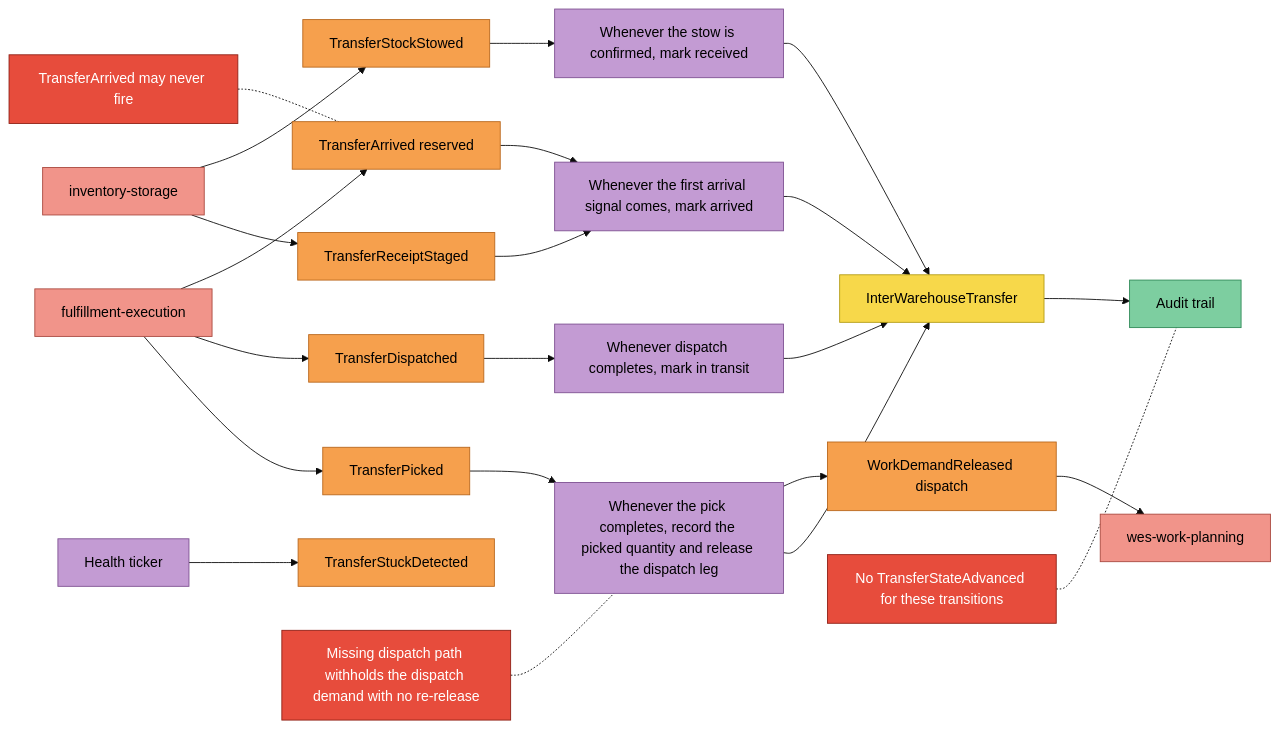
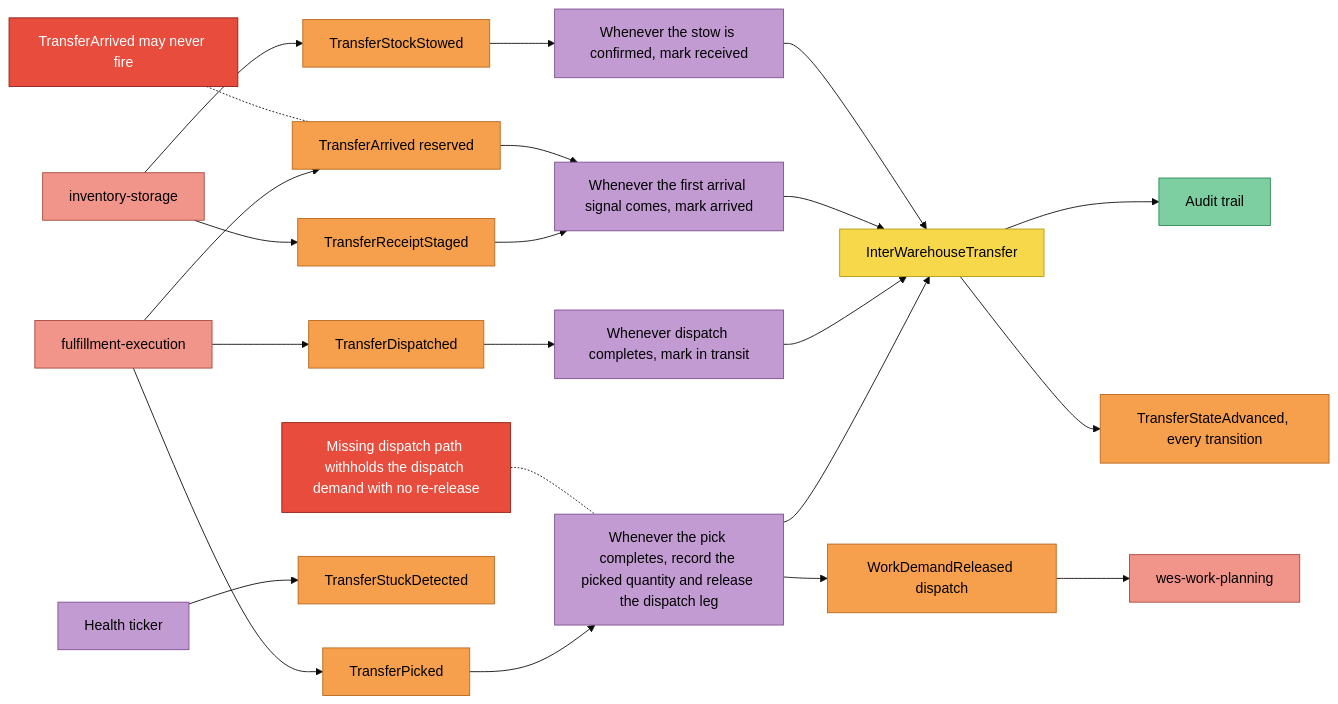
The fourth of 4 diagrams in docs/docs/ddd/eventstorming.md (IQVO/network-inventory-planning), drawn with Mermaid (base theme) before and after one commit. The commit also changed other lines of this file and 15 other files, not shown here.

````diff
--- a/docs/docs/ddd/eventstorming.md
+++ b/docs/docs/ddd/eventstorming.md
@@ -103,30 +109,30 @@
 ```mermaid
 flowchart LR
   FE[fulfillment-execution]:::external --> E1[TransferPicked]:::event
   E1 --> P1[Whenever the pick completes, record the picked quantity and release the dispatch leg]:::policy
   P1 --> G1[InterWarehouseTransfer]:::aggregate
   P1 --> E2[WorkDemandReleased dispatch]:::event
   E2 --> X1[wes-work-planning]:::external
   FE --> E3[TransferDispatched]:::event
   E3 --> P2[Whenever dispatch completes, mark in transit]:::policy
   P2 --> G1
   INV[inventory-storage]:::external --> E4[TransferReceiptStaged]:::event
   FE --> E5[TransferArrived reserved]:::event
   E4 --> P3[Whenever the first arrival signal comes, mark arrived]:::policy
   E5 --> P3
   P3 --> G1
   INV --> E6[TransferStockStowed]:::event
   E6 --> P4[Whenever the stow is confirmed, mark received]:::policy
   P4 --> G1
   G1 --> R1[Audit trail]:::readmodel
+  G1 --> E8[TransferStateAdvanced, every transition]:::event
   T1[Health ticker]:::policy --> E7[TransferStuckDetected]:::event
   H1[TransferArrived may never fire]:::hotspot -.- E5
-  H2[No TransferStateAdvanced for these transitions]:::hotspot -.- R1
-  H3[Missing dispatch path withholds the dispatch demand with no re-release]:::hotspot -.- P1
+  H2[Missing dispatch path withholds the dispatch demand with no re-release]:::hotspot -.- P1
   classDef aggregate fill:#f7d84a,stroke:#b39b12,color:#000
   classDef event fill:#f6a04d,stroke:#b8661c,color:#000
   classDef policy fill:#c39bd3,stroke:#7d4f91,color:#000
   classDef readmodel fill:#7dcea0,stroke:#2f8a57,color:#000
   classDef external fill:#f1948a,stroke:#a9483e,color:#000
   classDef hotspot fill:#e74c3c,stroke:#8e1f14,color:#fff
 ```
````
